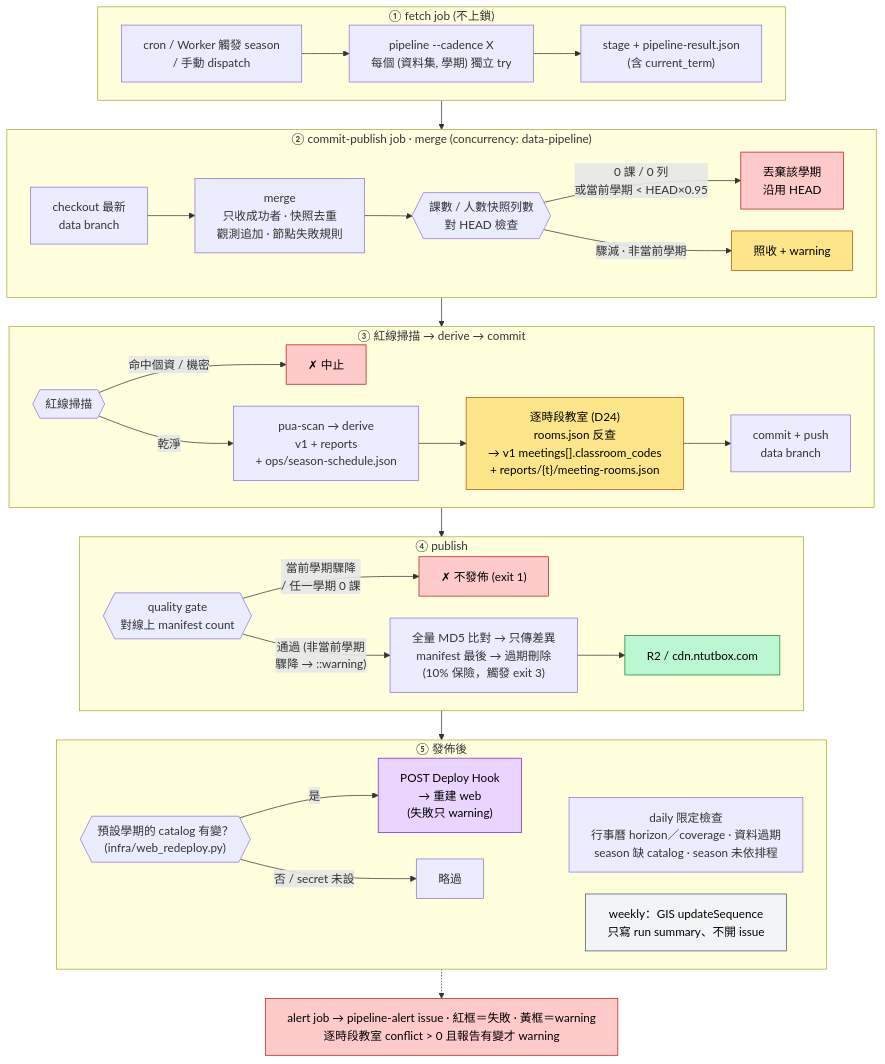
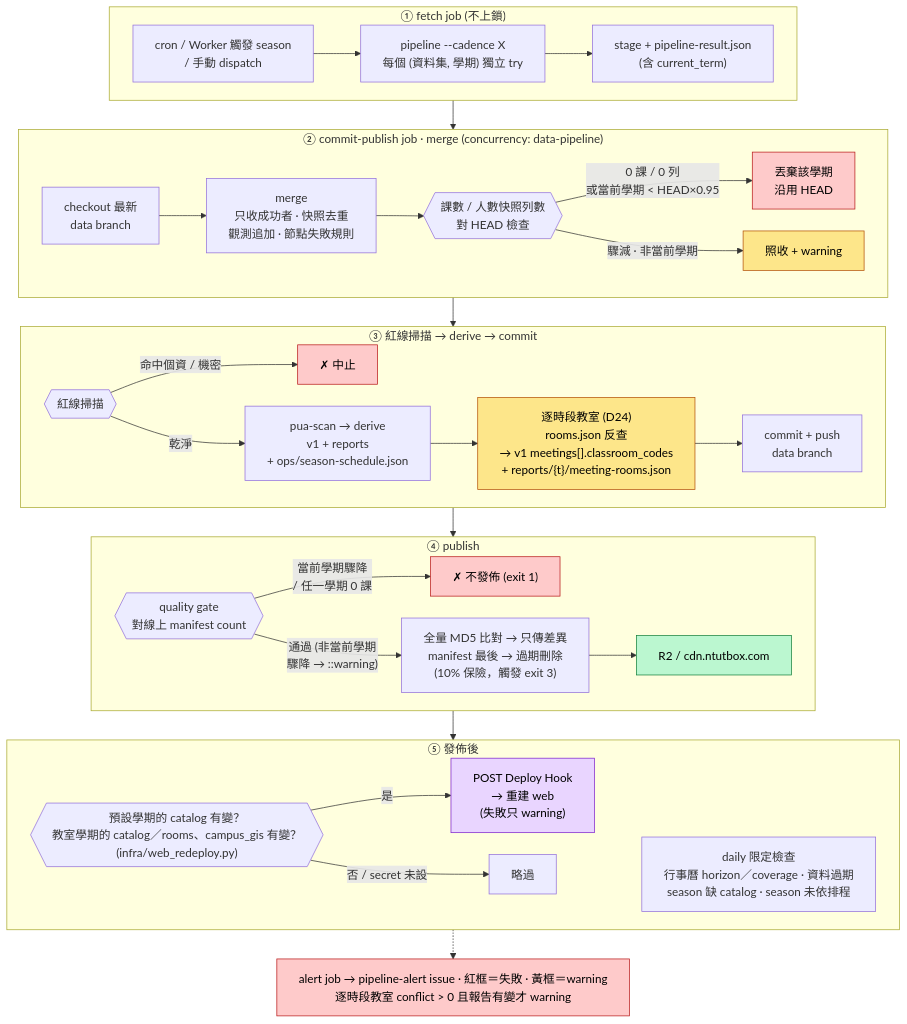
The diagram in docs/diagrams/02-pipeline.mmd (poterpan/ntutbox-course), drawn with Mermaid before and after one commit. The commit also changed 42 other files, not shown here.

First line of the commit message:
feat(gis): campus_gis 資料集——GIS 改從 ntutbox-campus CDN 同步，清單與地圖用同一份大樓名稱與順序（D28） (#131)

```diff
--- a/docs/diagrams/02-pipeline.mmd
+++ b/docs/diagrams/02-pipeline.mmd
@@ -1,63 +1,60 @@
 ---
 config:
   flowchart:
     useMaxWidth: false
     wrappingWidth: 480
     nodeSpacing: 30
     rankSpacing: 40
 ---
 flowchart TB
     subgraph S1["① fetch job (不上鎖)"]
         direction LR
         A["cron / Worker 觸發 season<br/>/ 手動 dispatch"] --> B["pipeline --cadence X<br/>每個 (資料集, 學期) 獨立 try"] --> B2["stage + pipeline-result.json<br/>(含 current_term)"]
     end
 
     subgraph S2["② commit-publish job · merge (concurrency: data-pipeline)"]
         direction LR
         D["checkout 最新<br/>data branch"] --> E["merge<br/>只收成功者 · 快照去重<br/>觀測追加 · 節點失敗規則"] --> Q{{"課數 / 人數快照列數<br/>對 HEAD 檢查"}}
         Q -->|"0 課 / 0 列<br/>或當前學期 < HEAD×0.95"| QX["丟棄該學期<br/>沿用 HEAD"]
         Q -->|"驟減 · 非當前學期"| QW["照收 + warning"]
     end
 
     subgraph S3["③ 紅線掃描 → derive → commit"]
         direction LR
         H{{"紅線掃描"}} -->|命中個資 / 機密| HX["✗ 中止"]
         H -->|乾淨| I["pua-scan → derive<br/>v1 + reports<br/>+ ops/season-schedule.json"] --> MR["逐時段教室 (D24)<br/>rooms.json 反查<br/>→ v1 meetings[].classroom_codes<br/>+ reports/{t}/meeting-rooms.json"] --> J["commit + push<br/>data branch"]
     end
 
     subgraph S4["④ publish"]
         direction LR
         K{{"quality gate<br/>對線上 manifest count"}} -->|"當前學期驟降<br/>/ 任一學期 0 課"| KX["✗ 不發佈 (exit 1)"]
         K -->|"通過 (非當前學期<br/>驟降 → ::warning)"| L["全量 MD5 比對 → 只傳差異<br/>manifest 最後 → 過期刪除<br/>(10% 保險，觸發 exit 3)"] --> M["R2 / cdn.ntutbox.com"]
     end
 
     subgraph S5["⑤ 發佈後"]
         direction LR
-        W{{"預設學期的 catalog 有變？<br/>(infra/web_redeploy.py)"}} -->|是| WH["POST Deploy Hook<br/>→ 重建 web<br/>(失敗只 warning)"]
+        W{{"預設學期的 catalog 有變？<br/>教室學期的 catalog／rooms、campus_gis 有變？<br/>(infra/web_redeploy.py)"}} -->|是| WH["POST Deploy Hook<br/>→ 重建 web<br/>(失敗只 warning)"]
         W -->|"否 / secret 未設"| WS["略過"]
         DC["daily 限定檢查<br/>行事曆 horizon／coverage · 資料過期<br/>season 缺 catalog · season 未依排程"]
-        GD["weekly：GIS updateSequence<br/>只寫 run summary、不開 issue"]
         WS ~~~ DC
-        WS ~~~ GD
     end
 
     AL["alert job → pipeline-alert issue · 紅框＝失敗 · 黃框＝warning<br/>逐時段教室 conflict > 0 且報告有變才 warning"]
 
     S1 --> S2
     S2 --> S3
     S3 --> S4
     S4 --> S5
     S5 -.-> AL
 
     classDef bad fill:#fecaca,stroke:#b91c1c,color:#000
     classDef warn fill:#fde68a,stroke:#b45309,color:#000
     classDef ok fill:#bbf7d0,stroke:#15803d,color:#000
     classDef store fill:#bfdbfe,stroke:#1e40af,color:#000
     classDef trig fill:#e9d5ff,stroke:#7e22ce,color:#000
     classDef muted fill:#f3f4f6,stroke:#4b5563,color:#000
     class HX,QX,KX bad
     class QW,MR warn
     class M ok
     class WH trig
-    class GD muted
     class AL bad
```
